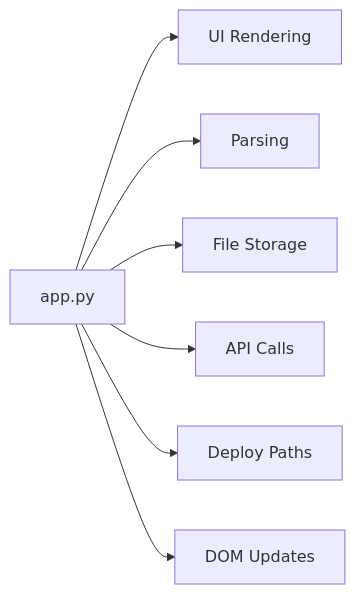
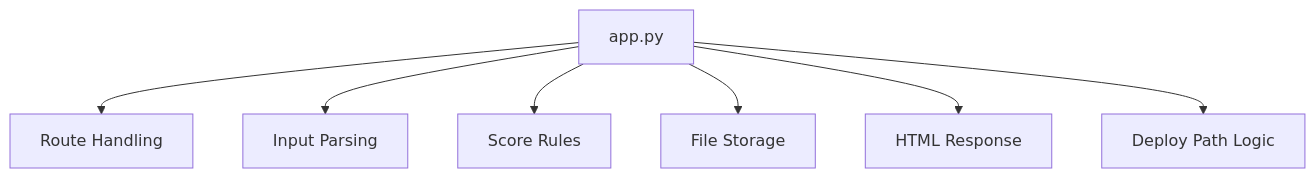
The first of 7 diagrams in docs/slides/lecture-16-design-principles-solid-and-modularity.md (kentcs/software-engineering), drawn with Mermaid before and after one commit. The commit also changed other lines of this file and 9 other files, not shown here.

````diff
--- a/docs/slides/lecture-16-design-principles-solid-and-modularity.md
+++ b/docs/slides/lecture-16-design-principles-solid-and-modularity.md
@@ -43,10 +51,9 @@
 ```mermaid
-flowchart LR
-    app[app.py]
-    app --> ui[UI Rendering]
-    app --> parse[Parsing]
-    app --> storage[File Storage]
-    app --> api[API Calls]
-    app --> deploy[Deploy Paths]
-    app --> dom[DOM Updates]
+flowchart TD
+    app["app.py"] --> route["Route Handling"]
+    app --> parse["Input Parsing"]
+    app --> score["Score Rules"]
+    app --> storage["File Storage"]
+    app --> html["HTML Response"]
+    app --> deploy["Deploy Path Logic"]
 ```
````
